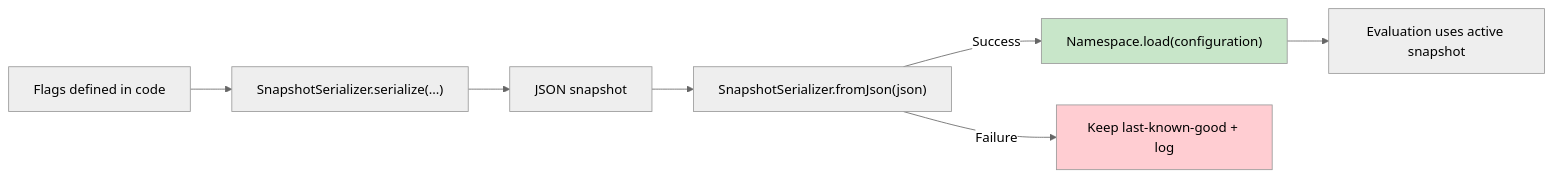
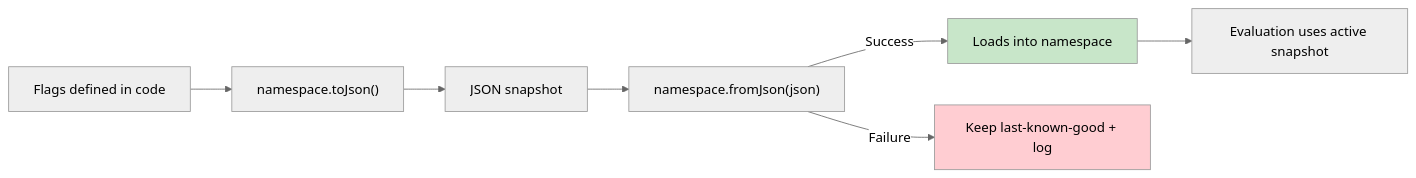
One commit to amichne/konditional changed the diagram in docs/06-remote-config.md. Above: the diagram before and after it, drawn with Mermaid (neutral theme). The commit also changed other lines of this file and 77 other files, not shown here.

````diff
--- a/docs/06-remote-config.md
+++ b/docs/06-remote-config.md
@@ -12,11 +12,11 @@
 ```mermaid
 flowchart LR
-  Code["Flags defined in code"] --> Snap["SnapshotSerializer.serialize(...)"]
+  Code["Flags defined in code"] --> Snap["namespace.toJson()"]
   Snap --> Json["JSON snapshot"]
-  Json --> Parse["SnapshotSerializer.fromJson(json)"]
-  Parse -->|Success| Load["Namespace.load(configuration)"]
+  Json --> Parse["namespace.fromJson(json)"]
+  Parse -->|Success| Load["Loads into namespace"]
   Parse -->|Failure| Reject["Keep last-known-good + log"]
   Load --> Eval["Evaluation uses active snapshot"]
   style Load fill:#c8e6c9
   style Reject fill:#ffcdd2
 ```
````
